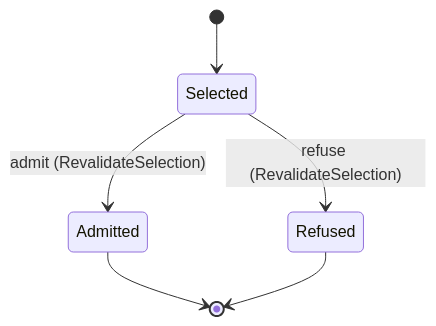
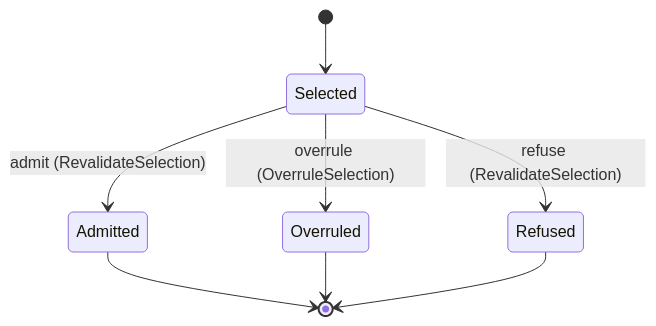
Before and after one commit to beyond10x/loom: the fourth of 6 diagrams in website/docs/reference/ess/loom-run.md, drawn with Mermaid. The commit also changed other lines of this file and 20 other files, not shown here.

First line of the commit message:
build: regenerate the run model and its reference for OverruleSelection

````diff
--- a/website/docs/reference/ess/loom-run.md
+++ b/website/docs/reference/ess/loom-run.md
@@ -302,8 +303,10 @@
 ```mermaid
 stateDiagram-v2
     [*] --> Selected
     Selected --> Admitted: admit (RevalidateSelection)
     Selected --> Refused: refuse (RevalidateSelection)
+    Selected --> Overruled: overrule (OverruleSelection)
     Admitted --> [*]
+    Overruled --> [*]
     Refused --> [*]
 ```
````
